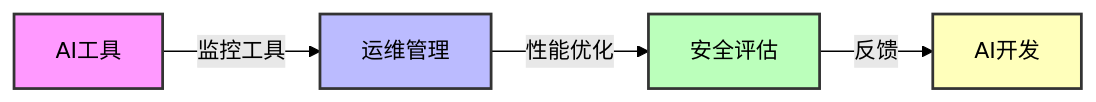
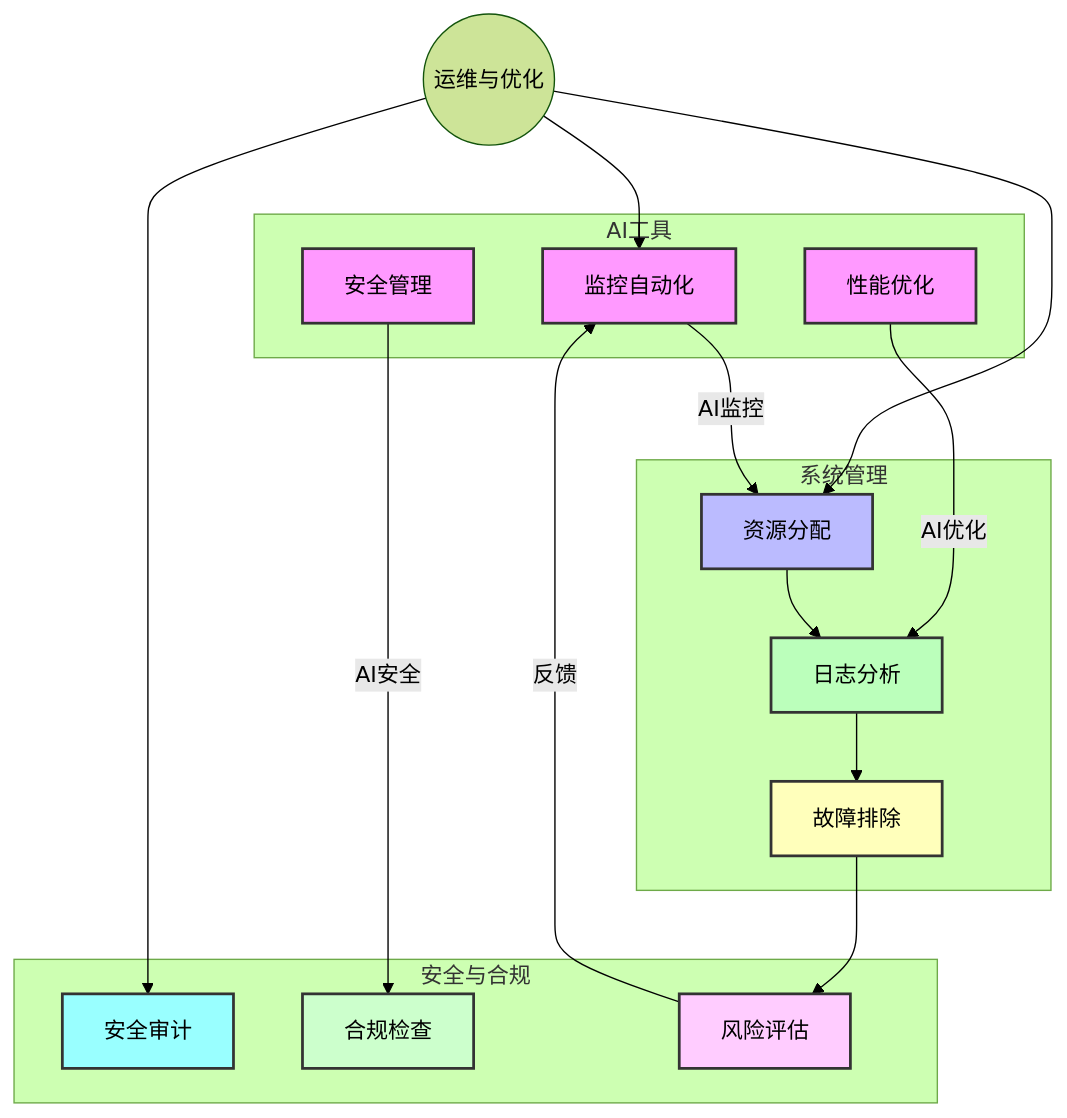
One commit to wutongci/cursor-courses changed the seventh of 8 diagrams in advanced/前言.md. Above: the diagram before and after it, drawn with Mermaid (forest theme). The commit also changed other lines of this file, not shown here.

````diff
--- a/advanced/前言.md
+++ b/advanced/前言.md
@@ -218,10 +309,38 @@
 ```mermaid
-graph LR;
-    A[AI工具] -->|监控工具| B[运维管理]
-    B -->|性能优化| C[安全评估]
-    C -->|反馈| D[AI开发]
-    style A fill:#f9f,stroke:#333,stroke-width:2px;
-    style B fill:#bbf,stroke:#333,stroke-width:2px;
-    style C fill:#bfb,stroke:#333,stroke-width:2px;
-    style D fill:#ffb,stroke:#333,stroke-width:2px;
+graph TD;
+    A((运维与优化))
+    subgraph AI工具
+        B[监控自动化]
+        C[性能优化]
+        D[安全管理]
+    end
+    subgraph 系统管理
+        E[资源分配]
+        F[日志分析]
+        G[故障排除]
+    end
+    subgraph 安全与合规
+        H[安全审计]
+        I[合规检查]
+        J[风险评估]
+    end
+    A --> B
+    A --> E
+    A --> H
+    B -->|AI监控| E
+    C -->|AI优化| F
+    D -->|AI安全| I
+    E --> F
+    F --> G
+    G --> J
+    J -->|反馈| B
+    style B fill:#f9f,stroke:#333,stroke-width:2px;
+    style C fill:#f9f,stroke:#333,stroke-width:2px;
+    style D fill:#f9f,stroke:#333,stroke-width:2px;
+    style E fill:#bbf,stroke:#333,stroke-width:2px;
+    style F fill:#bfb,stroke:#333,stroke-width:2px;
+    style G fill:#ffb,stroke:#333,stroke-width:2px;
+    style H fill:#9ff,stroke:#333,stroke-width:2px;
+    style I fill:#cfc,stroke:#333,stroke-width:2px;
+    style J fill:#fcf,stroke:#333,stroke-width:2px;
 ```
````
